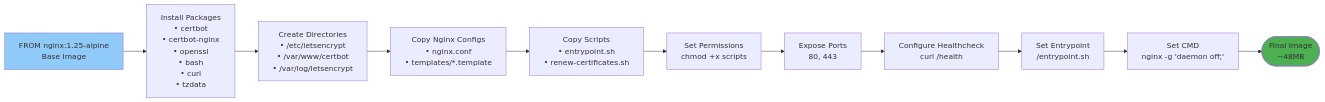
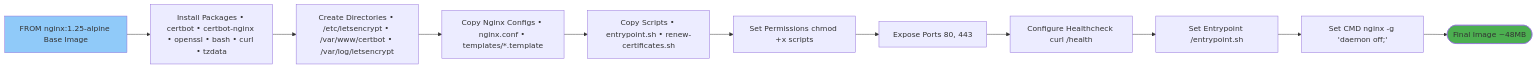
Before and after one commit to softwarewrighter/ssl-proxy-for-do: the fifth of 10 diagrams in wiki/Architecture.md, drawn with Mermaid. The commit also changed other lines of this file and 7 other files, not shown here.

First line of the commit message:
Fix wiki Mermaid diagrams: remove remaining <br/> tags

````diff
--- a/wiki/Architecture.md
+++ b/wiki/Architecture.md
@@ -193,27 +193,27 @@
 ```mermaid
 graph LR
-    Base[FROM nginx:1.25-alpine<br/>Base Image]
+    Base[FROM nginx:1.25-alpine Base Image]
 
-    Base --> Install[Install Packages<br/>• certbot<br/>• certbot-nginx<br/>• openssl<br/>• bash<br/>• curl<br/>• tzdata]
+    Base --> Install[Install Packages • certbot • certbot-nginx • openssl • bash • curl • tzdata]
 
-    Install --> Dirs[Create Directories<br/>• /etc/letsencrypt<br/>• /var/www/certbot<br/>• /var/log/letsencrypt]
+    Install --> Dirs[Create Directories • /etc/letsencrypt • /var/www/certbot • /var/log/letsencrypt]
 
-    Dirs --> CopyNginx[Copy Nginx Configs<br/>• nginx.conf<br/>• templates/*.template]
+    Dirs --> CopyNginx[Copy Nginx Configs • nginx.conf • templates/*.template]
 
-    CopyNginx --> CopyScripts[Copy Scripts<br/>• entrypoint.sh<br/>• renew-certificates.sh]
+    CopyNginx --> CopyScripts[Copy Scripts • entrypoint.sh • renew-certificates.sh]
 
-    CopyScripts --> Perms[Set Permissions<br/>chmod +x scripts]
+    CopyScripts --> Perms[Set Permissions chmod +x scripts]
 
-    Perms --> Expose[Expose Ports<br/>80, 443]
+    Perms --> Expose[Expose Ports 80, 443]
 
-    Expose --> Health[Configure Healthcheck<br/>curl /health]
+    Expose --> Health[Configure Healthcheck curl /health]
 
-    Health --> Entry[Set Entrypoint<br/>/entrypoint.sh]
+    Health --> Entry[Set Entrypoint /entrypoint.sh]
 
-    Entry --> CMD[Set CMD<br/>nginx -g 'daemon off;']
+    Entry --> CMD[Set CMD nginx -g 'daemon off;']
 
-    CMD --> Final([Final Image<br/>~48MB])
+    CMD --> Final([Final Image ~48MB])
 
     style Base fill:#90CAF9
     style Final fill:#4CAF50
 ```
````
